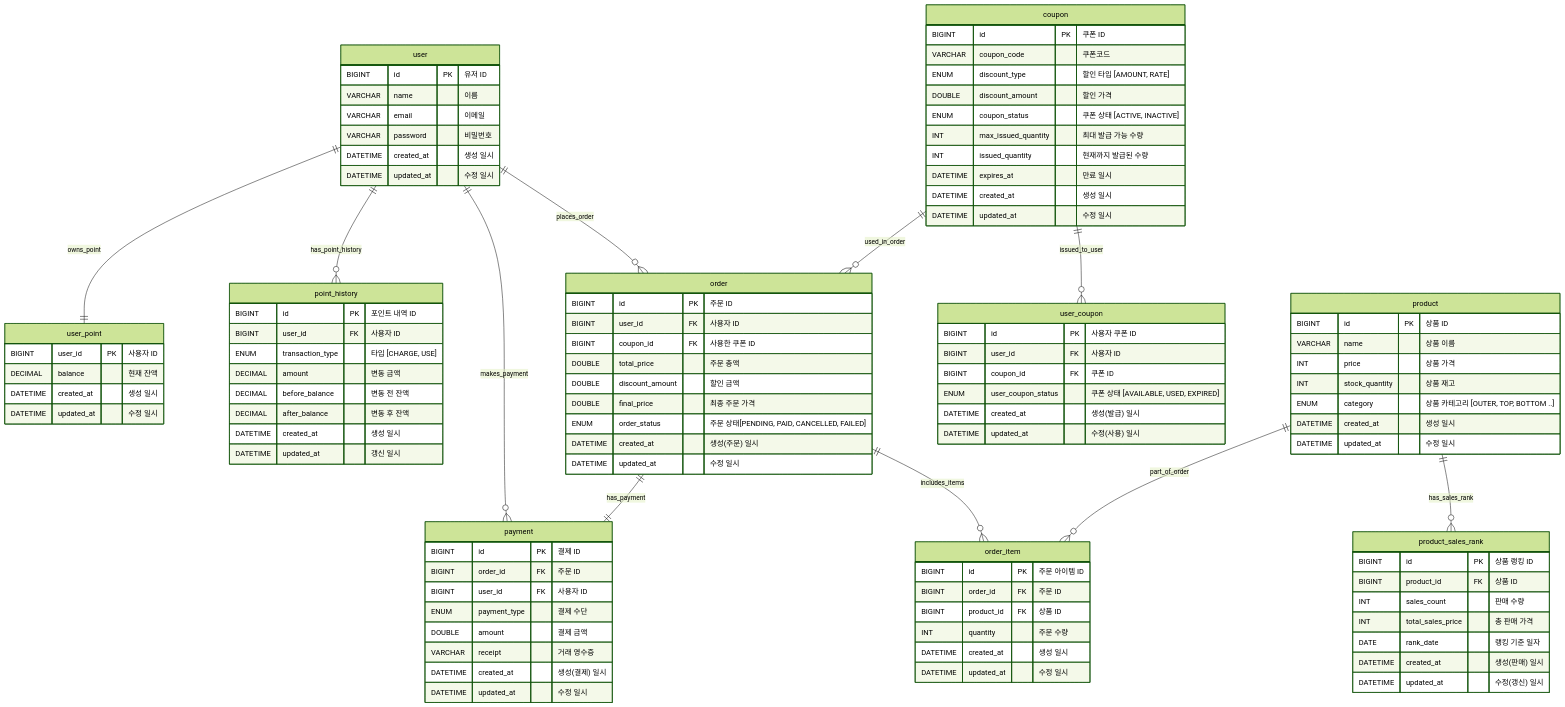
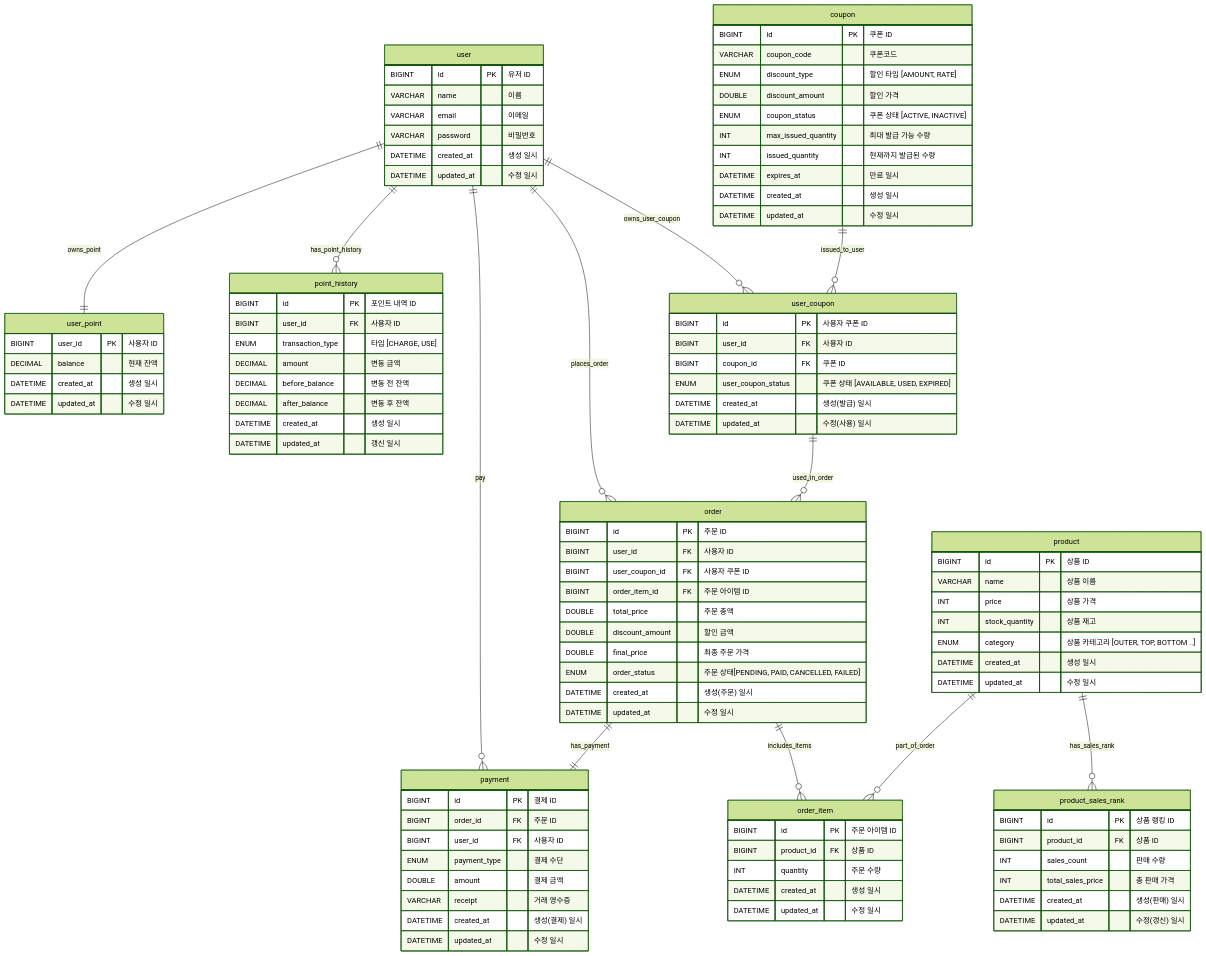
One commit to leevigong/hhplus-ecommerce changed the diagram in docs/ERD.md. Above: the diagram before and after it, drawn with Mermaid (forest theme).

Commit message:
docs: 엔티티 관계 재정의 + 들여쓰기 포맷 정리
order와 order_item, user_coupon 관계 재정의, user와user_coupon 관계 추가

````diff
--- a/docs/ERD.md
+++ b/docs/ERD.md
@@ -1,118 +1,115 @@
 ```mermaid
 erDiagram
-	user {
-    BIGINT id PK "유저 ID"
-    VARCHAR name "이름" 
-    VARCHAR email "이메일" 
-    VARCHAR password "비밀번호"
-    DATETIME created_at "생성 일시"
-    DATETIME updated_at "수정 일시"
-  }
-  
-	user_point {
-    BIGINT user_id PK "사용자 ID"
-    DECIMAL balance "현재 잔액"
-    DATETIME created_at "생성 일시"
-    DATETIME updated_at "수정 일시"
-  }
+    user {
+        BIGINT id PK "유저 ID"
+        VARCHAR name "이름"
+        VARCHAR email "이메일"
+        VARCHAR password "비밀번호"
+        DATETIME created_at "생성 일시"
+        DATETIME updated_at "수정 일시"
+    }
 
-  point_history {
-    BIGINT id PK "포인트 내역 ID"
-    BIGINT user_id FK "사용자 ID"
-    ENUM transaction_type "타입 [CHARGE, USE]"
-    DECIMAL amount "변동 금액"
-    DECIMAL before_balance "변동 전 잔액"
-    DECIMAL after_balance "변동 후 잔액"
-    DATETIME created_at "생성 일시"
-    DATETIME updated_at "갱신 일시"
-  }
-  
-  product {
-	  BIGINT id PK "상품 ID"
-    VARCHAR name "상품 이름"
-    INT price "상품 가격"
-    INT stock_quantity "상품 재고"
-    ENUM category "상품 카테고리 [OUTER, TOP, BOTTOM ..]"
-	  DATETIME created_at "생성 일시"
-    DATETIME updated_at "수정 일시"
-  }
-  
-  product_sales_rank {
-    BIGINT id PK "상품 랭킹 ID"
-    BIGINT product_id FK "상품 ID"
-    INT sales_count "판매 수량"
-    INT total_sales_price "총 판매 가격"
-    DATE rank_date "랭킹 기준 일자"
-    DATETIME created_at "생성(판매) 일시"
-    DATETIME updated_at "수정(갱신) 일시"
-  }
-  
-  order {
-		BIGINT id PK "주문 ID"
-    BIGINT user_id FK "사용자 ID"
-    BIGINT coupon_id FK "사용한 쿠폰 ID"
-    DOUBLE total_price "주문 총액"
-    DOUBLE discount_amount "할인 금액"
-    DOUBLE final_price "최종 주문 가격"
-    ENUM order_status "주문 상태[PENDING, PAID, CANCELLED, FAILED]"
-    DATETIME created_at "생성(주문) 일시"
-    DATETIME updated_at "수정 일시"
-	}
-	
-	order_item {
-		BIGINT id PK "주문 아이템 ID"
-		BIGINT order_id FK "주문 ID"
-    BIGINT product_id FK "상품 ID"
-    INT quantity "주문 수량"
-    DATETIME created_at "생성 일시"
-    DATETIME updated_at "수정 일시"
-	}
-	
-	payment {
-		BIGINT id PK "결제 ID"
-		BIGINT order_id FK "주문 ID"
-		BIGINT user_id FK "사용자 ID"
-		ENUM payment_type "결제 수단"
-		DOUBLE amount "결제 금액"
-		VARCHAR receipt "거래 영수증"
-    DATETIME created_at "생성(결제) 일시"
-    DATETIME updated_at "수정 일시"
-	}
-	
-	coupon {
-    BIGINT id PK "쿠폰 ID"
-    VARCHAR coupon_code "쿠폰코드"
-	  ENUM discount_type "할인 타입 [AMOUNT, RATE]"
-	  DOUBLE discount_amount "할인 가격"
-    ENUM coupon_status "쿠폰 상태 [ACTIVE, INACTIVE]"
-    INT max_issued_quantity "최대 발급 가능 수량"
-    INT issued_quantity "현재까지 발급된 수량"
-    DATETIME expires_at "만료 일시"
-    DATETIME created_at "생성 일시"
-    DATETIME updated_at "수정 일시"
-  }
+    user_point {
+        BIGINT user_id PK "사용자 ID"
+        DECIMAL balance "현재 잔액"
+        DATETIME created_at "생성 일시"
+        DATETIME updated_at "수정 일시"
+    }
 
-  user_coupon {
-    BIGINT id PK "사용자 쿠폰 ID"
-    BIGINT user_id FK "사용자 ID"
-    BIGINT coupon_id FK "쿠폰 ID"
-    ENUM user_coupon_status "쿠폰 상태 [AVAILABLE, USED, EXPIRED]"
-    DATETIME created_at "생성(발급) 일시"
-    DATETIME updated_at "수정(사용) 일시"
-  }
-	
-	user ||--|| user_point: owns_point
-	user ||--o{ point_history: has_point_history
-	user ||--o{ payment: makes_payment
-	user ||--o{ order: places_order
-	
-	order ||--o{ order_item: includes_items
-	order ||--|| payment: has_payment
-	
-	product ||--o{ order_item: part_of_order
-	product ||--o{ product_sales_rank: has_sales_rank
-	
-	coupon ||--o{ user_coupon: issued_to_user
-	coupon ||--o{ order: used_in_order
-	
+    point_history {
+        BIGINT id PK "포인트 내역 ID"
+        BIGINT user_id FK "사용자 ID"
+        ENUM transaction_type "타입 [CHARGE, USE]"
+        DECIMAL amount "변동 금액"
+        DECIMAL before_balance "변동 전 잔액"
+        DECIMAL after_balance "변동 후 잔액"
+        DATETIME created_at "생성 일시"
+        DATETIME updated_at "갱신 일시"
+    }
+
+    product {
+        BIGINT id PK "상품 ID"
+        VARCHAR name "상품 이름"
+        INT price "상품 가격"
+        INT stock_quantity "상품 재고"
+        ENUM category "상품 카테고리 [OUTER, TOP, BOTTOM ..]"
+        DATETIME created_at "생성 일시"
+        DATETIME updated_at "수정 일시"
+    }
+
+    product_sales_rank {
+        BIGINT id PK "상품 랭킹 ID"
+        BIGINT product_id FK "상품 ID"
+        INT sales_count "판매 수량"
+        INT total_sales_price "총 판매 가격"
+        DATETIME created_at "생성(판매) 일시"
+        DATETIME updated_at "수정(갱신) 일시"
+    }
+
+    order {
+        BIGINT id PK "주문 ID"
+        BIGINT user_id FK "사용자 ID"
+        BIGINT user_coupon_id FK "사용자 쿠폰 ID"
+        BIGINT order_item_id FK "주문 아이템 ID"
+        DOUBLE total_price "주문 총액"
+        DOUBLE discount_amount "할인 금액"
+        DOUBLE final_price "최종 주문 가격"
+        ENUM order_status "주문 상태[PENDING, PAID, CANCELLED, FAILED]"
+        DATETIME created_at "생성(주문) 일시"
+        DATETIME updated_at "수정 일시"
+    }
+
+    order_item {
+        BIGINT id PK "주문 아이템 ID"
+        BIGINT product_id FK "상품 ID"
+        INT quantity "주문 수량"
+        DATETIME created_at "생성 일시"
+        DATETIME updated_at "수정 일시"
+    }
+
+    payment {
+        BIGINT id PK "결제 ID"
+        BIGINT order_id FK "주문 ID"
+        BIGINT user_id FK "사용자 ID"
+        ENUM payment_type "결제 수단"
+        DOUBLE amount "결제 금액"
+        VARCHAR receipt "거래 영수증"
+        DATETIME created_at "생성(결제) 일시"
+        DATETIME updated_at "수정 일시"
+    }
+
+    coupon {
+        BIGINT id PK "쿠폰 ID"
+        VARCHAR coupon_code "쿠폰코드"
+        ENUM discount_type "할인 타입 [AMOUNT, RATE]"
+        DOUBLE discount_amount "할인 가격"
+        ENUM coupon_status "쿠폰 상태 [ACTIVE, INACTIVE]"
+        INT max_issued_quantity "최대 발급 가능 수량"
+        INT issued_quantity "현재까지 발급된 수량"
+        DATETIME expires_at "만료 일시"
+        DATETIME created_at "생성 일시"
+        DATETIME updated_at "수정 일시"
+    }
+
+    user_coupon {
+        BIGINT id PK "사용자 쿠폰 ID"
+        BIGINT user_id FK "사용자 ID"
+        BIGINT coupon_id FK "쿠폰 ID"
+        ENUM user_coupon_status "쿠폰 상태 [AVAILABLE, USED, EXPIRED]"
+        DATETIME created_at "생성(발급) 일시"
+        DATETIME updated_at "수정(사용) 일시"
+    }
+
+    user ||--|| user_point: owns_point
+    user ||--o{ point_history: has_point_history
+    user ||--o{ payment: pay
+    user ||--o{ order: places_order
+    user ||--o{ user_coupon: owns_user_coupon
+    order ||--o{ order_item: includes_items
+    order ||--|| payment: has_payment
+    product ||--o{ order_item: part_of_order
+    product ||--o{ product_sales_rank: has_sales_rank
+    coupon ||--o{ user_coupon: issued_to_user
+    user_coupon ||--o{ order: used_in_order
+    
 ```
````
